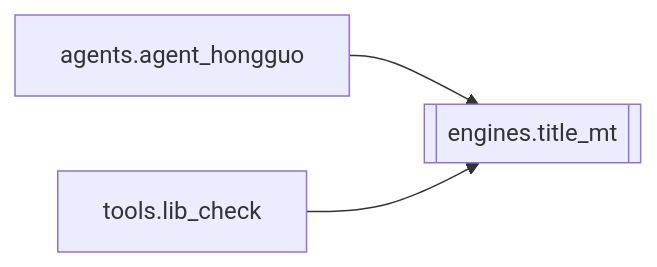
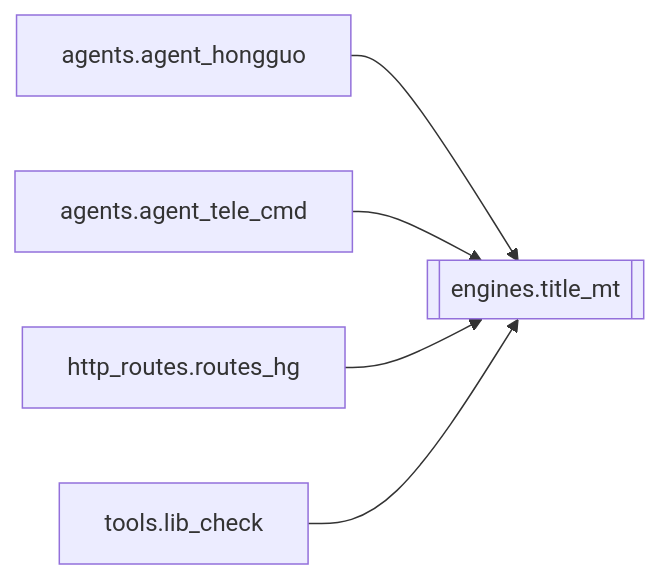
Before and after one commit to kjza178/PinelineV5: the diagram in docs/brain/modules/engines.title_mt.md, drawn with Mermaid. The commit also changed other lines of this file and 227 other files, not shown here.

````diff
--- a/docs/brain/modules/engines.title_mt.md
+++ b/docs/brain/modules/engines.title_mt.md
@@ -16,6 +16,8 @@
 ```mermaid
 flowchart LR
   engines_title_mt[[engines.title_mt]]
   agents_agent_hongguo[agents.agent_hongguo] --> engines_title_mt
+  agents_agent_tele_cmd[agents.agent_tele_cmd] --> engines_title_mt
+  http_routes_routes_hg[http_routes.routes_hg] --> engines_title_mt
   tools_lib_check[tools.lib_check] --> engines_title_mt
 ```
````
